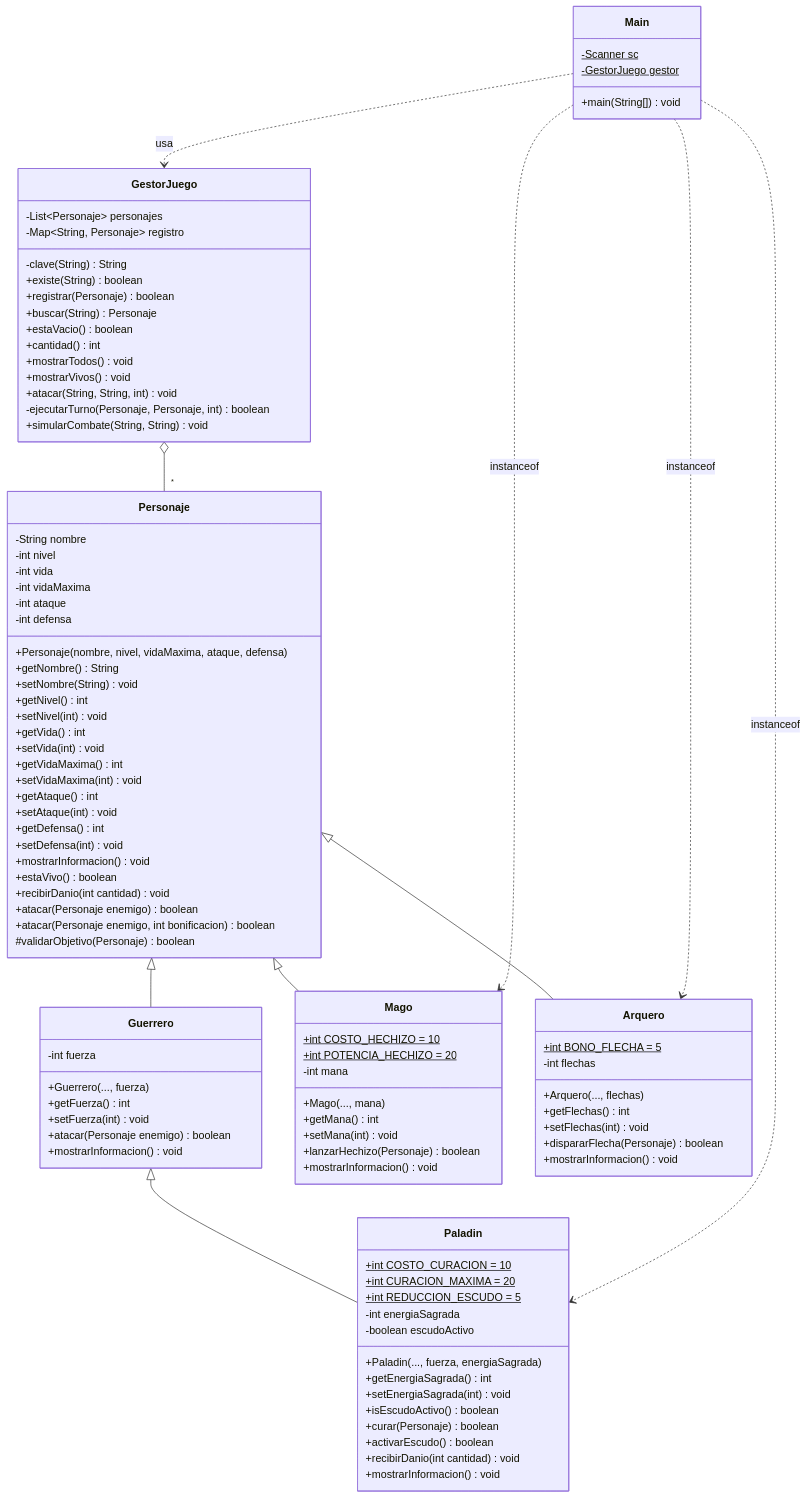
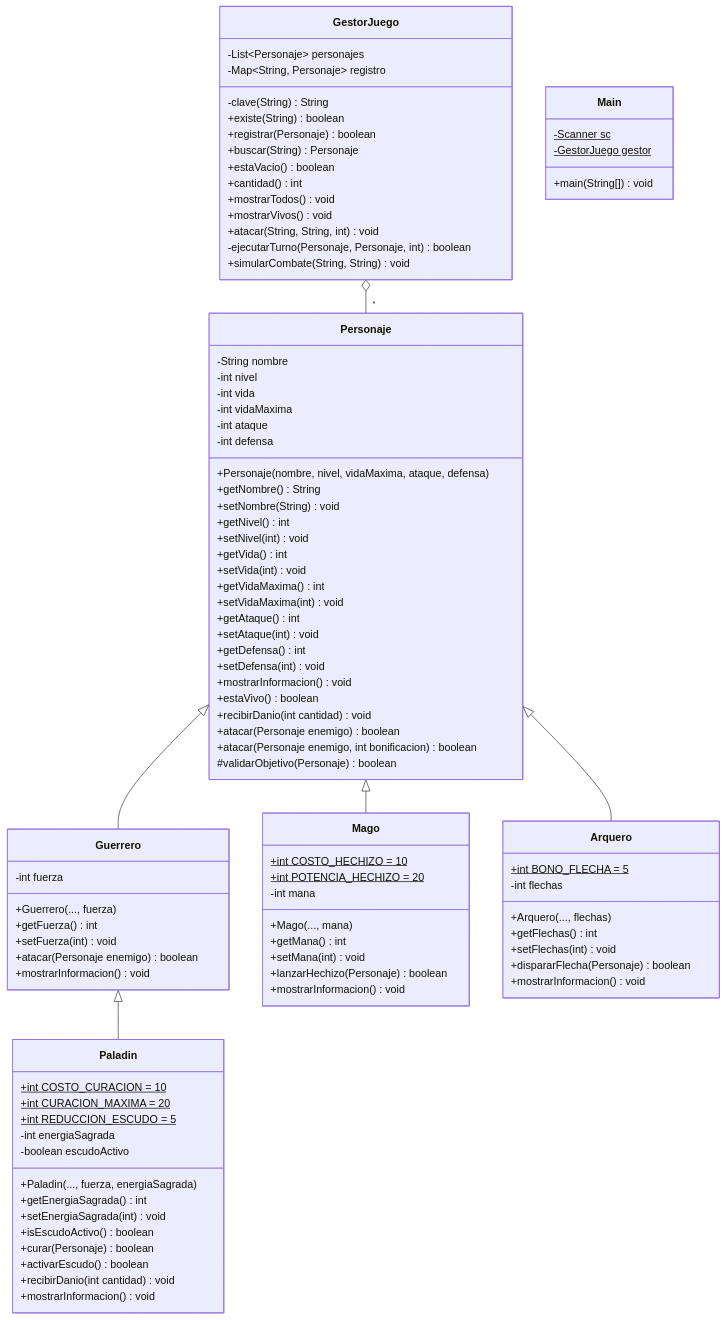
Before and after one commit to andyomar2312-sudo/Proyecto-ESFOT---RPG: the diagram in README.md, drawn with Mermaid. The commit also changed other lines of this file, not shown here.

````diff
--- a/README.md
+++ b/README.md
@@ -204,8 +205,5 @@
     Personaje <|-- Arquero
     Guerrero <|-- Paladin
     GestorJuego o-- "*" Personaje
-    Main ..> GestorJuego : usa
-    Main ..> Paladin : instanceof
-    Main ..> Mago : instanceof
-    Main ..> Arquero : instanceof
+   
 ```
````
